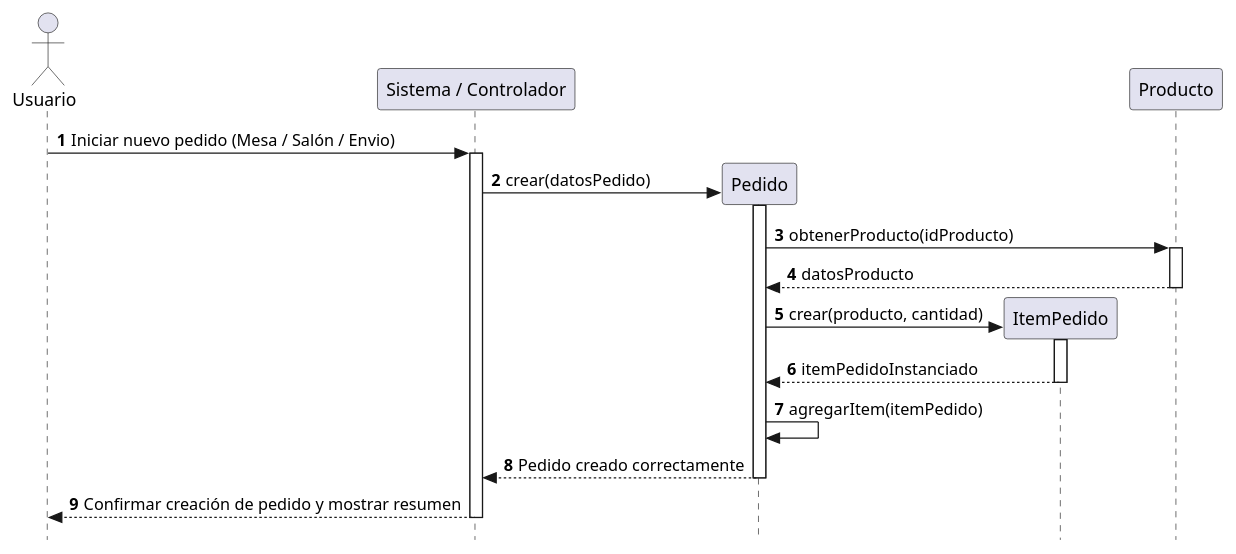
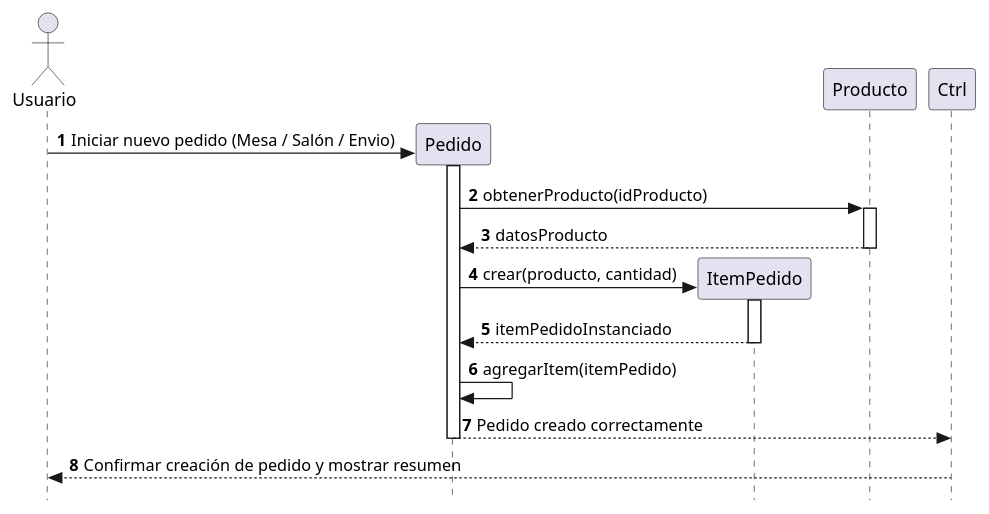
One commit to mdtortorelli/tp-progra2-grupo9 changed the diagram in diagramas/CreacionPedido.puml. Above: the diagram before and after it, drawn with PlantUML. The commit also changed 3 other files, not shown here.

Commit message:
Se elimina diagrama de secuencia de aplicar descuento y se agrega el diagrama de facturar pedido

```diff
--- a/diagramas/CreacionPedido.puml
+++ b/diagramas/CreacionPedido.puml
@@ -1,34 +1,30 @@
 @startuml 'Creación de Pedido'
 skinparam style strictuml
 autonumber
 
 actor Usuario
-participant "Sistema / Controlador" as Ctrl
 participant "Pedido" as Pedido
 participant "ItemPedido" as Item
 participant "Producto" as Producto
 
-Usuario -> Ctrl: Iniciar nuevo pedido (Mesa / Salón / Envio)
-activate Ctrl
-
-Ctrl -> Pedido ** : crear(datosPedido)
+Usuario -> Pedido ** : Iniciar nuevo pedido (Mesa / Salón / Envio)
 activate Pedido
 
 Pedido -> Producto: obtenerProducto(idProducto)
 activate Producto
 Producto --> Pedido: datosProducto
 deactivate Producto
 
 Pedido -> Item ** : crear(producto, cantidad)
 activate Item
 Item --> Pedido: itemPedidoInstanciado
 deactivate Item
 
 Pedido -> Pedido: agregarItem(itemPedido)
 Pedido --> Ctrl: Pedido creado correctamente
 deactivate Pedido
 
 Ctrl --> Usuario: Confirmar creación de pedido y mostrar resumen
 deactivate Ctrl
 
 @enduml
```
